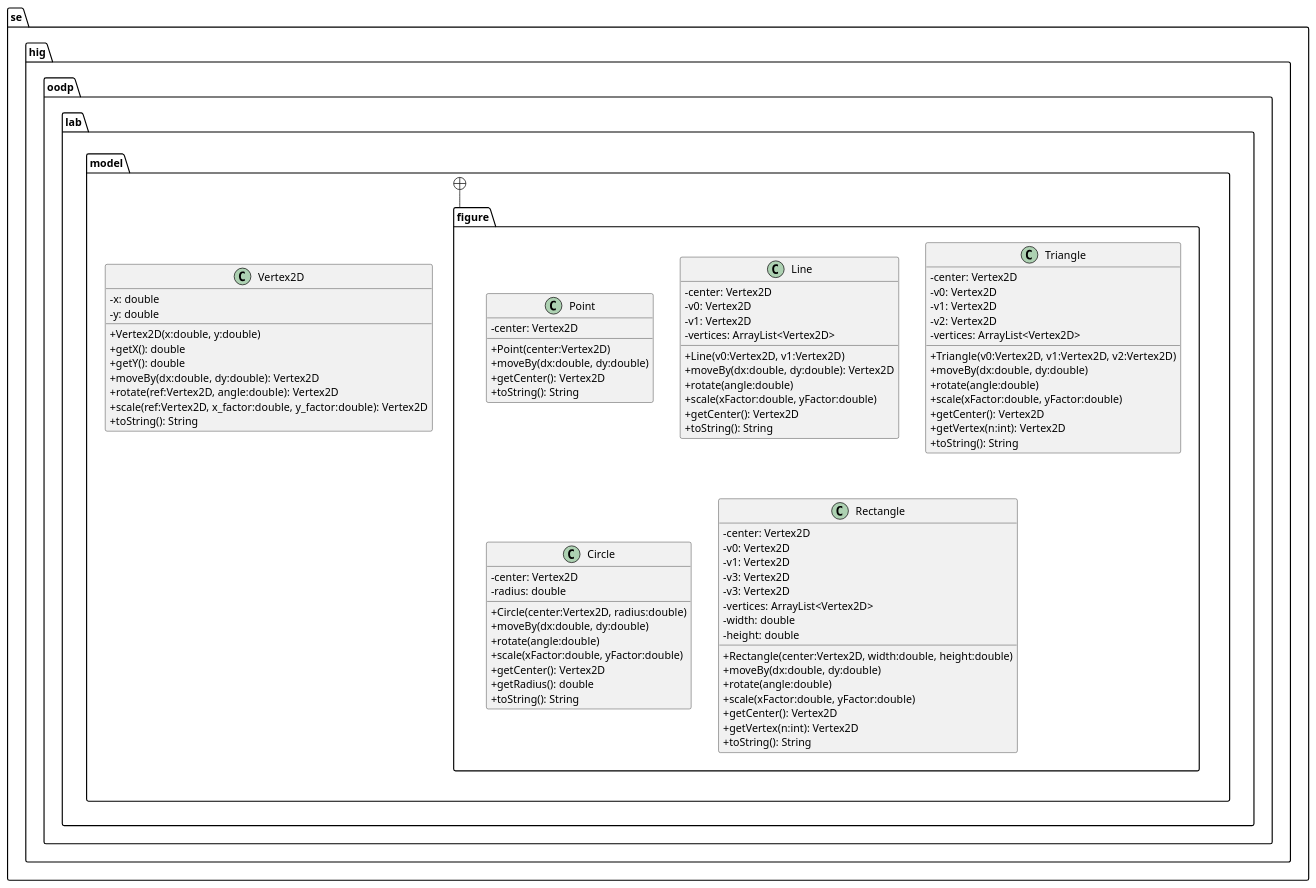
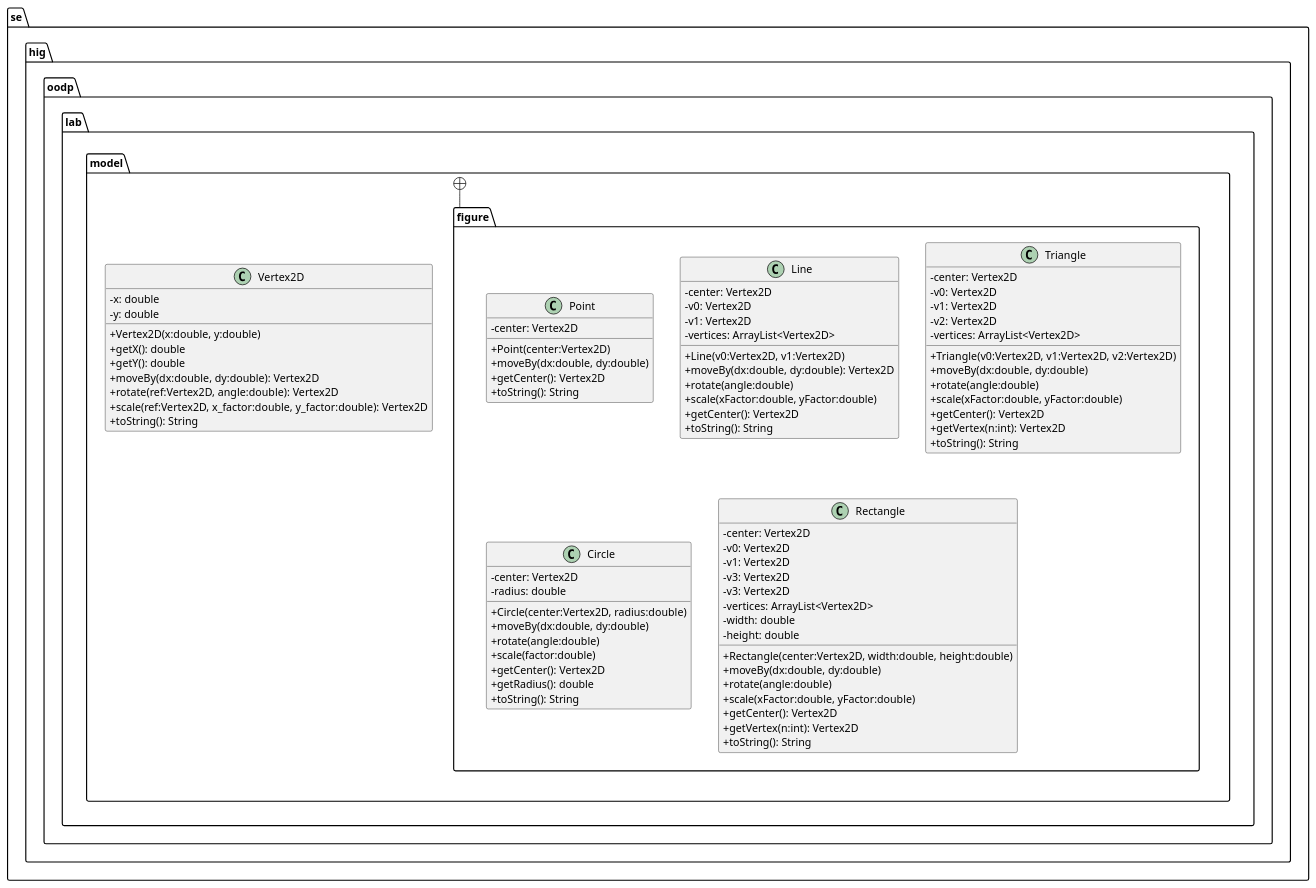
One commit to jonasjberg/DVG303_lab2 changed the diagram in diagram/uppgift1.puml. Above: the diagram before and after it, drawn with PlantUML. The commit also changed 1 other file, not shown here.

```diff
--- a/diagram/uppgift1.puml
+++ b/diagram/uppgift1.puml
@@ -1,111 +1,111 @@
 @startuml
 ' ____________________________________________________________________________
 ' ____ CONFIGURATION OPTIONS __________________________________________________
 
 skinparam packageStyle folder
 
 ' don't use characters to indicate visibility
 skinparam classAttributeIconsize 0
 
 
 ' ____________________________________________________________________________
 ' ____ CLASS DEFINITIONS ______________________________________________________
 package se.hig.oodp.lab.model {
     class Vertex2D {
         -x: double
         -y: double
         +Vertex2D(x:double, y:double)
         +getX(): double
         +getY(): double
         +moveBy(dx:double, dy:double): Vertex2D
         +rotate(ref:Vertex2D, angle:double): Vertex2D
         +scale(ref:Vertex2D, x_factor:double, y_factor:double): Vertex2D
         +toString(): String
     }
 }
 
 package se.hig.oodp.lab.model.figure {
     class Point {
         -center: Vertex2D
         +Point(center:Vertex2D)
         +moveBy(dx:double, dy:double)
         +getCenter(): Vertex2D
         +toString(): String
     }
 
     class Line {
         -center: Vertex2D
         -v0: Vertex2D
         -v1: Vertex2D
         -vertices: ArrayList<Vertex2D>
         +Line(v0:Vertex2D, v1:Vertex2D)
         +moveBy(dx:double, dy:double): Vertex2D
         +rotate(angle:double)
         +scale(xFactor:double, yFactor:double)
         +getCenter(): Vertex2D
         +toString(): String
     }
 
     class Triangle {
         -center: Vertex2D
         -v0: Vertex2D
         -v1: Vertex2D
         -v2: Vertex2D
         -vertices: ArrayList<Vertex2D>
 
         +Triangle(v0:Vertex2D, v1:Vertex2D, v2:Vertex2D)
         +moveBy(dx:double, dy:double)
         +rotate(angle:double)
         +scale(xFactor:double, yFactor:double)
         +getCenter(): Vertex2D
         +getVertex(n:int): Vertex2D
         +toString(): String
     }
 
     class Circle {
         -center: Vertex2D
         -radius: double
 
         +Circle(center:Vertex2D, radius:double)
         +moveBy(dx:double, dy:double)
         +rotate(angle:double)
-        +scale(xFactor:double, yFactor:double)
+        +scale(factor:double)
         +getCenter(): Vertex2D
         +getRadius(): double
         +toString(): String
     }
 
     class Rectangle {
         -center: Vertex2D
         -v0: Vertex2D
         -v1: Vertex2D
         -v3: Vertex2D
         -v3: Vertex2D
         -vertices: ArrayList<Vertex2D>
         -width: double
         -height: double
 
         +Rectangle(center:Vertex2D, width:double, height:double)
         +moveBy(dx:double, dy:double)
         +rotate(angle:double)
         +scale(xFactor:double, yFactor:double)
         +getCenter(): Vertex2D
         +getVertex(n:int): Vertex2D
         +toString(): String
     }
 }
 
 
 ' ____________________________________________________________________________
 ' ____ PACKAGE HIERARCHY _____________________________________________________
 se.hig.oodp.lab.model +-- se.hig.oodp.lab.model.figure
 
 
 ' ____________________________________________________________________________
 ' ____ RELATIONS BETWEEN CLASSES _____________________________________________
 
 
 
 
 
 @enduml
```
